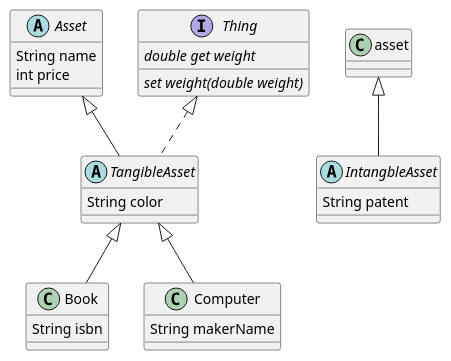
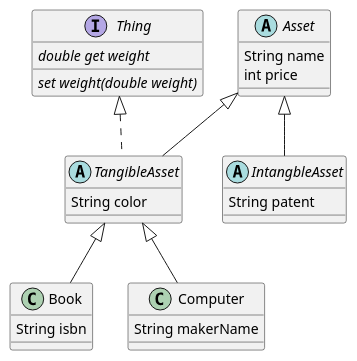
Before and after one commit to SurvivalCodingCampus/sesac7_dart_study: the diagram in lib/asset.puml, drawn with PlantUML. The commit also changed 15 other files, not shown here.

```diff
--- a/lib/asset.puml
+++ b/lib/asset.puml
@@ -1,30 +1,30 @@
 @startuml
 'https://plantuml.com/class-diagram
 
 abstract class Asset {
   String name
   int price
 }
 
 interface Thing {
   {abstract} double get weight
   {abstract} set weight(double weight)
 }
 
 abstract class TangibleAsset extends Asset implements Thing{
   String color
 }
 
-abstract class IntangbleAsset extends asset {
+abstract class IntangbleAsset extends Asset {
   String patent
 }
 
 class Book extends TangibleAsset {
  String isbn
 }
 
 class Computer extends TangibleAsset {
  String makerName
 }
 
 @enduml
```
